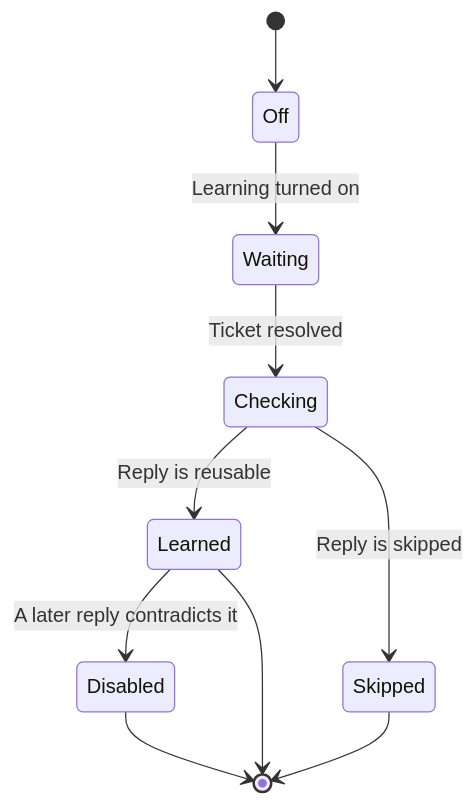
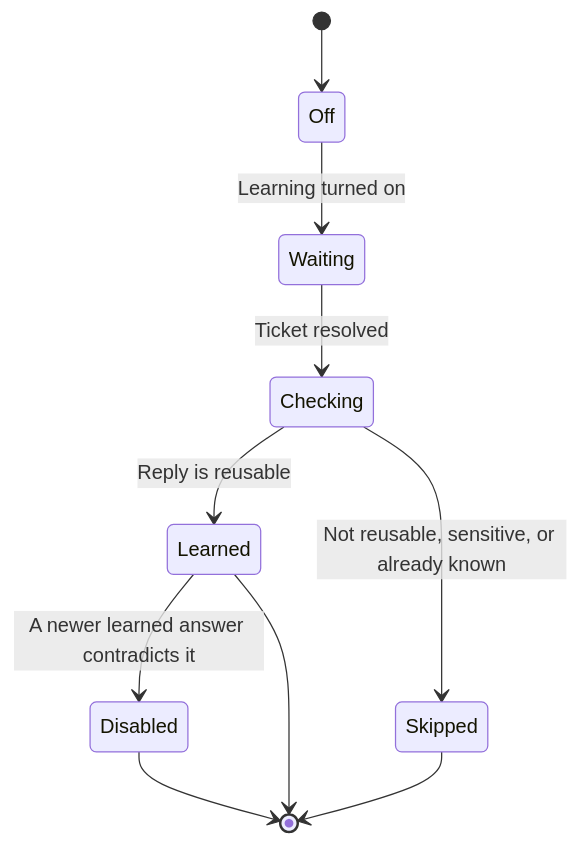
The diagram in contents/docs/business-knowledge/learn-from-support.mdx (PostHog/posthog.com), drawn with Mermaid before and after one commit. The commit also changed other lines of this file and 9 other files, not shown here.

````diff
--- a/contents/docs/business-knowledge/learn-from-support.mdx
+++ b/contents/docs/business-knowledge/learn-from-support.mdx
@@ -25,13 +24,13 @@
 ```mermaid
 stateDiagram-v2
     direction TB
     [*] --> Off
     Off --> Waiting: Learning turned on
     Waiting --> Checking: Ticket resolved
     Checking --> Learned: Reply is reusable
-    Checking --> Skipped: Reply is skipped
-    Learned --> Disabled: A later reply contradicts it
+    Checking --> Skipped: Not reusable, sensitive, or already known
+    Learned --> Disabled: A newer learned answer contradicts it
     Learned --> [*]
     Skipped --> [*]
     Disabled --> [*]
 ```
````
